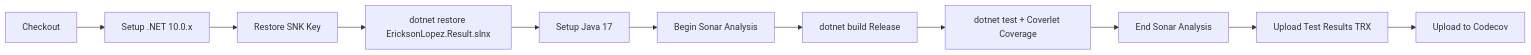
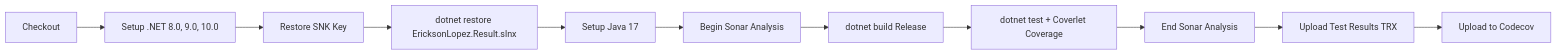
One commit to ericksonlopezf/dotnet-result changed the second of 2 diagrams in docs/cicd.md. Above: the diagram before and after it, drawn with Mermaid. The commit also changed other lines of this file and 362 other files, not shown here.

````diff
--- a/docs/cicd.md
+++ b/docs/cicd.md
@@ -62,13 +68,13 @@
 ```mermaid
 flowchart LR
-    Checkout[Checkout] --> SDK[Setup .NET 10.0.x]
+    Checkout[Checkout] --> SDK[Setup .NET 8.0, 9.0, 10.0]
     SDK --> SNK[Restore SNK Key]
     SNK --> Restore[dotnet restore EricksonLopez.Result.slnx]
     Restore --> Java[Setup Java 17]
     Java --> SonarBegin[Begin Sonar Analysis]
     SonarBegin --> Build[dotnet build Release]
     Build --> Test[dotnet test + Coverlet Coverage]
     Test --> SonarEnd[End Sonar Analysis]
     SonarEnd --> Upload[Upload Test Results TRX]
     Upload --> Codecov[Upload to Codecov]
 ```
````
